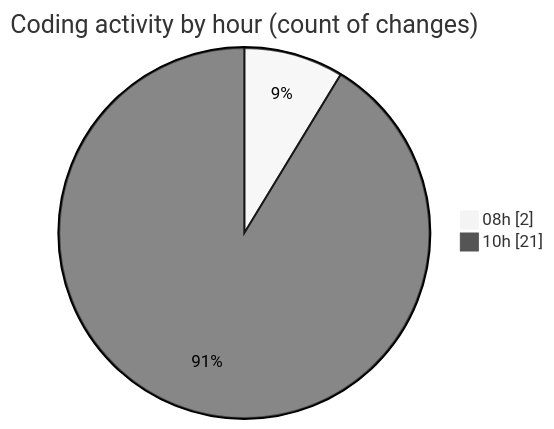
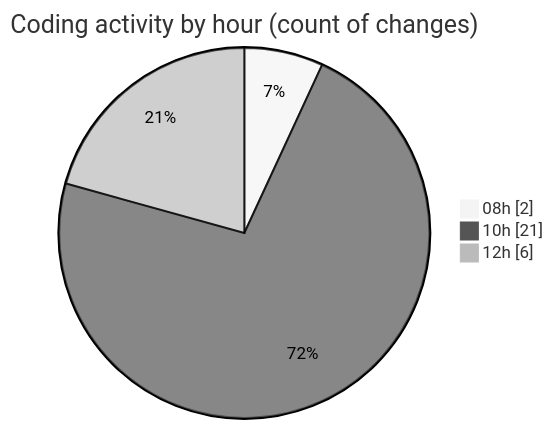
Before and after one commit to ricardozamudiocil/code-tracking: the second of 2 diagrams in 2026-04-13/cilapp/README.md, drawn with Mermaid (neutral theme). The commit also changed other lines of this file and 1 other file, not shown here.

````diff
--- a/2026-04-13/cilapp/README.md
+++ b/2026-04-13/cilapp/README.md
@@ -34,6 +34,7 @@
 ```mermaid
 pie showData
 title Coding activity by hour (count of changes)
 "08h" : 2
 "10h" : 21
+"12h" : 6
 ```
````
